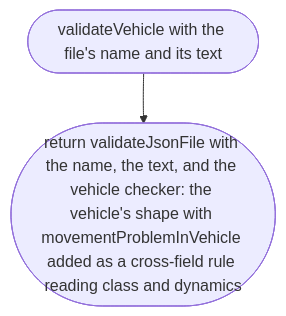
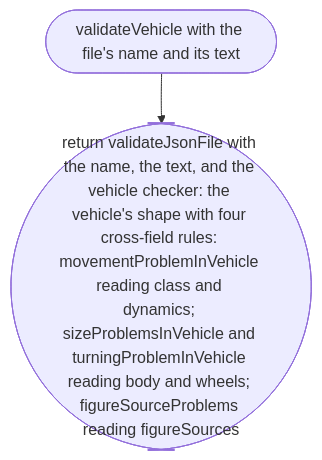
Before and after one commit to NewDara-Star/world-engine: the sixth of 6 diagrams in docs/designs/src/place/vehicle.md, drawn with Mermaid. The commit also changed other lines of this file and 39 other files, not shown here.

````diff
--- a/docs/designs/src/place/vehicle.md
+++ b/docs/designs/src/place/vehicle.md
@@ -28,6 +111,6 @@
 ```mermaid
 flowchart TD
   s(["validateVehicle with the file's name and its text"])
-  a(["return validateJsonFile with the name, the text, and the vehicle checker: the vehicle's shape with movementProblemInVehicle added as a cross-field rule reading class and dynamics"])
+  a(["return validateJsonFile with the name, the text, and the vehicle checker: the vehicle's shape with four cross-field rules: movementProblemInVehicle reading class and dynamics; sizeProblemsInVehicle and turningProblemInVehicle reading body and wheels; figureSourceProblems reading figureSources"])
   s --> a
 ```
````
